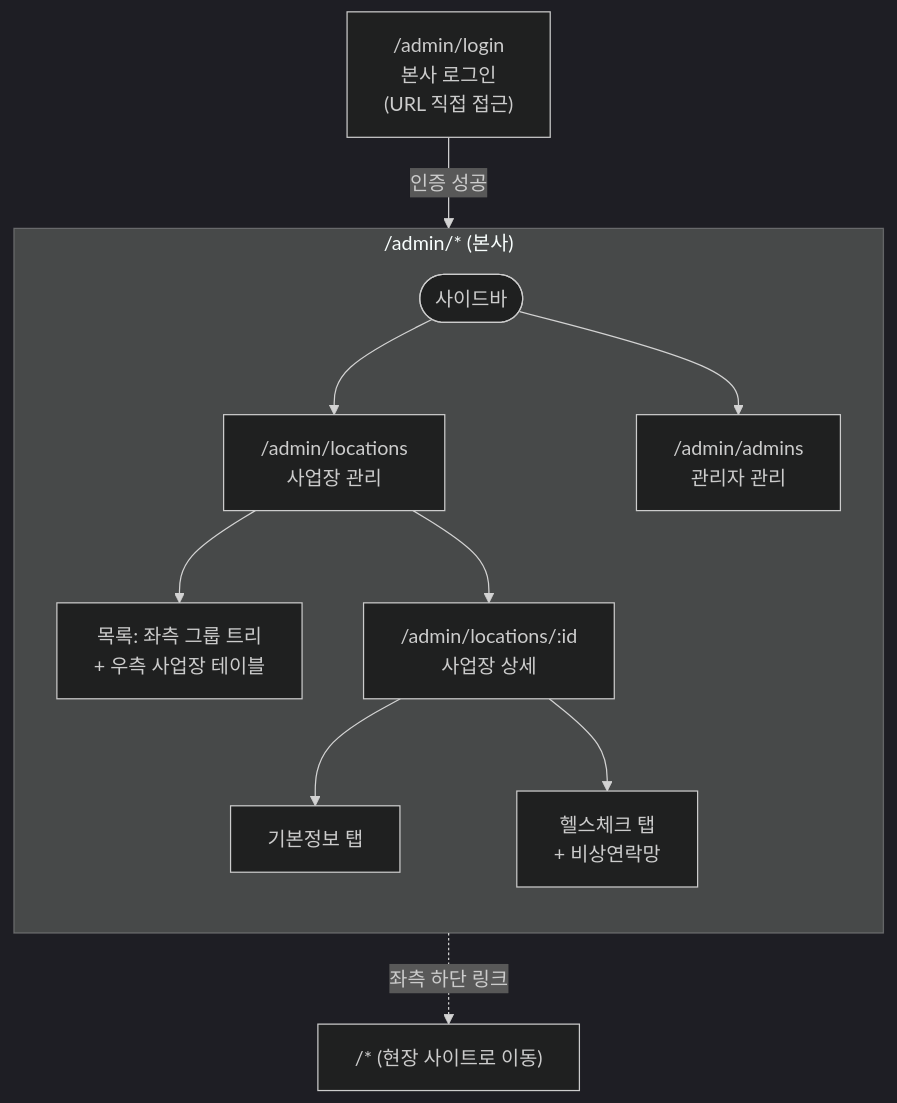
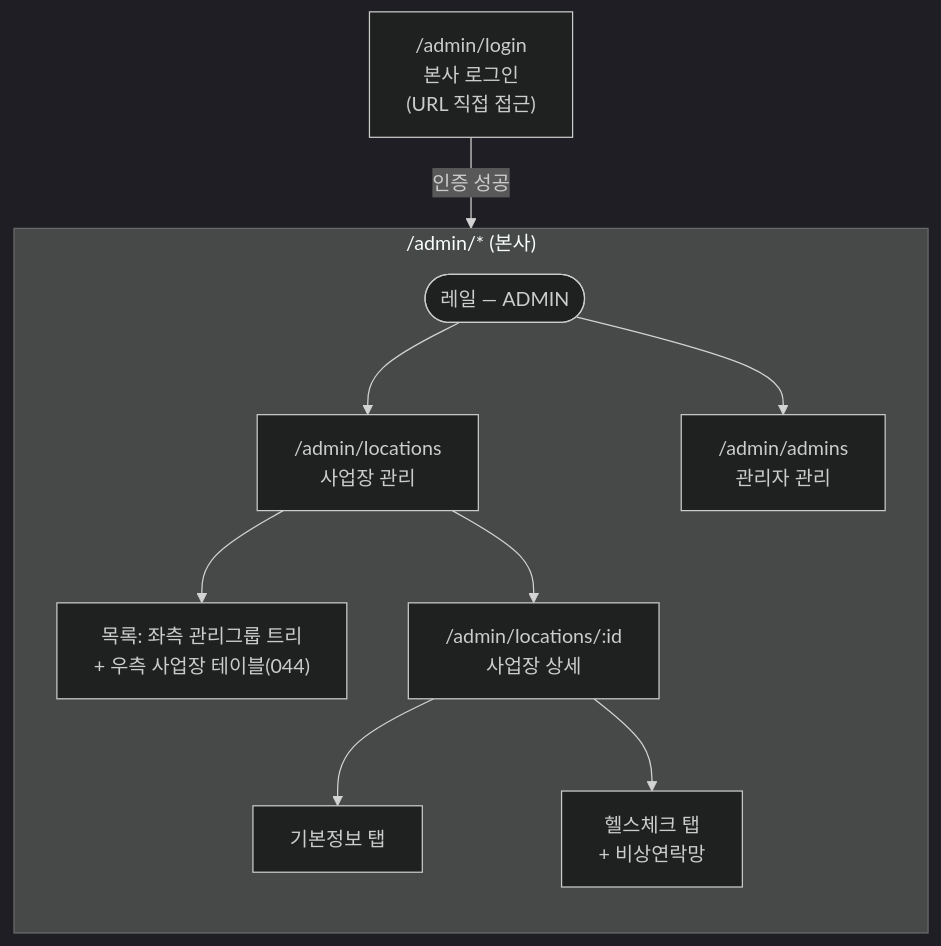
One commit to S-Tec-System-R-D/s-patrol_fe changed the ninth of 15 diagrams in docs/flow.md. Above: the diagram before and after it, drawn with Mermaid. The commit also changed other lines of this file and 10 other files, not shown here.

````diff
--- a/docs/flow.md
+++ b/docs/flow.md
@@ -265,20 +263,19 @@
 ```mermaid
 %%{init: {'theme':'dark'}}%%
 flowchart TB
     AdminLogin["/admin/login<br/>본사 로그인<br/>(URL 직접 접근)"]
 
     subgraph Admin["/admin/* (본사)"]
         direction TB
-        ASB([사이드바])
+        ASB([레일 — ADMIN])
         ASB --> Loc["/admin/locations<br/>사업장 관리"]
         ASB --> Adm["/admin/admins<br/>관리자 관리"]
 
-        Loc --> LocList["목록: 좌측 그룹 트리<br/>+ 우측 사업장 테이블"]
+        Loc --> LocList["목록: 좌측 관리그룹 트리<br/>+ 우측 사업장 테이블(044)"]
         Loc --> LocDet["/admin/locations/:id<br/>사업장 상세"]
         LocDet --> TabBasic[기본정보 탭]
         LocDet --> TabHealth["헬스체크 탭<br/>+ 비상연락망"]
     end
 
     AdminLogin -- 인증 성공 --> ASB
-    Admin -. 좌측 하단 링크 .-> Svc["/* (현장 사이트로 이동)"]
 ```
````
